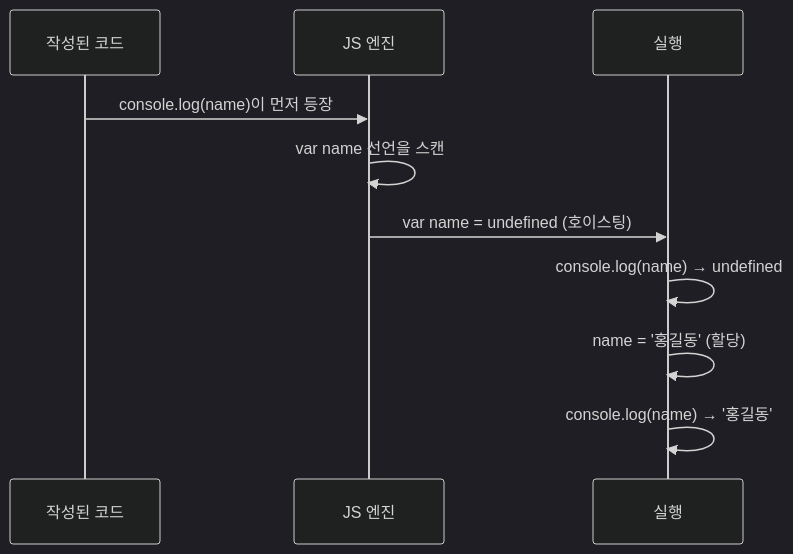
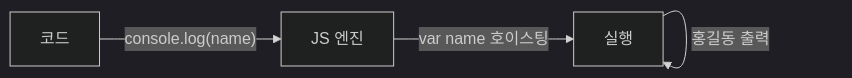
One commit to yjkim2015/yjkim2015.github.io changed the third of 9 diagrams in _posts/frontend/2026-05-02-js-var-let-const.md. Above: the diagram before and after it, drawn with Mermaid (dark theme). The commit also changed 50 other files, not shown here.

First line of the commit message:
stateDiagram 11개 graph LR 변환 + 테이블 빈 셀 17개 수정

````diff
--- a/_posts/frontend/2026-05-02-js-var-let-const.md
+++ b/_posts/frontend/2026-05-02-js-var-let-const.md
@@ -120,12 +120,8 @@
 ```mermaid
-sequenceDiagram
-    participant CODE as 작성된 코드
-    participant ENGINE as JS 엔진
-    participant EXEC as 실행
-    CODE->>ENGINE: console.log(name)이 먼저 등장
-    ENGINE->>ENGINE: var name 선언을 스캔
-    ENGINE->>EXEC: var name = undefined (호이스팅)
-    EXEC->>EXEC: console.log(name) → undefined
-    EXEC->>EXEC: name = '홍길동' (할당)
-    EXEC->>EXEC: console.log(name) → '홍길동'
+graph LR
+    CODE["코드"] -->|"console.log(name)"| ENGINE["JS 엔진"]
+    ENGINE -->|"var name 호이스팅"| EXEC["실행"]
+    EXEC -->|"undefined 출력"| EXEC
+    EXEC -->|"name='홍길동' 할당"| EXEC
+    EXEC -->|"홍길동 출력"| EXEC
 ```
````
